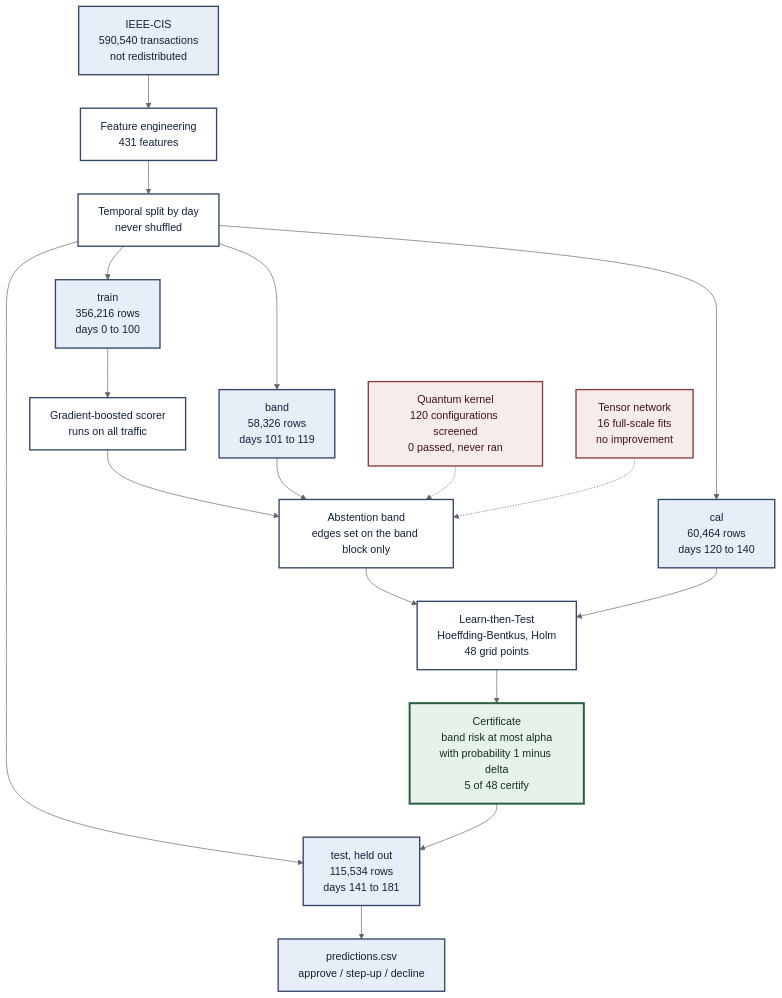
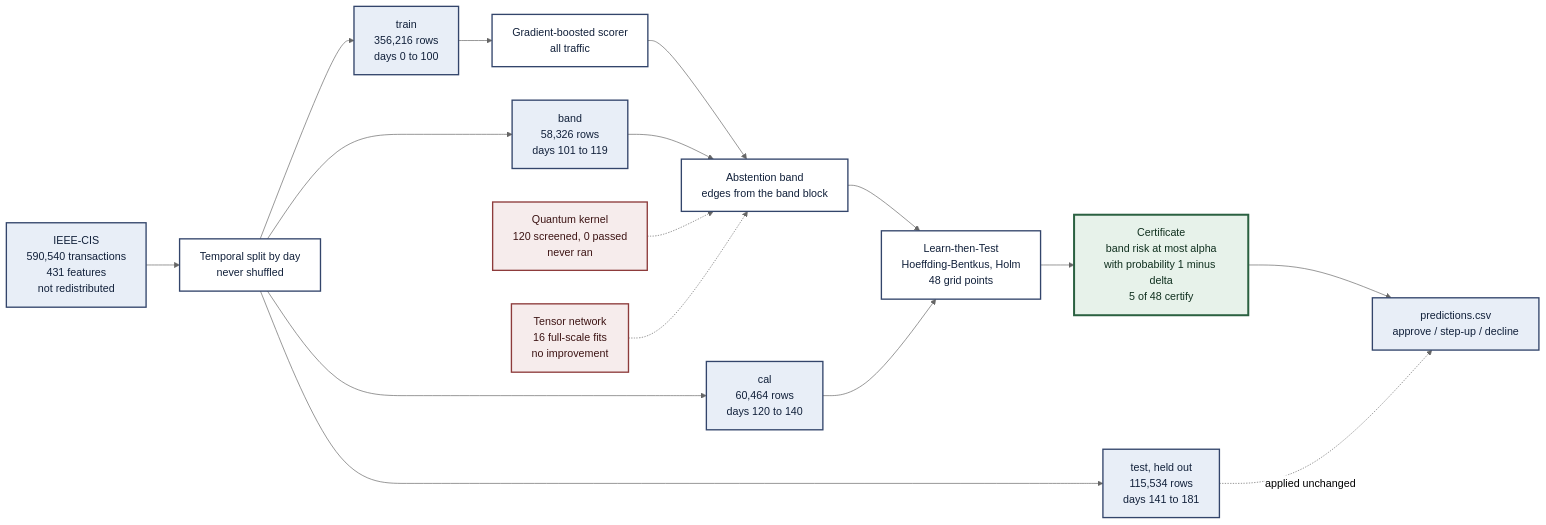
The diagram in README.md (thedaemon-wizard/Global_Quantum_AI_Challenge_HSBC), drawn with Mermaid (neutral theme) before and after one commit. The commit also changed other lines of this file, not shown here.

Commit message:
Lay the pipeline diagram out left to right
Top-to-bottom rendered correctly but ran ten levels deep, so the whole
picture could not be seen at once, which was the point of adding it.
Left-to-right with the feature count folded into the source node and the
held-out block reached by a labelled dashed edge brings it to six.

````diff
--- a/README.md
+++ b/README.md
@@ -104,41 +106,40 @@
 ```mermaid
-flowchart TB
+flowchart LR
   classDef data fill:#e8eef7,stroke:#33456b,stroke-width:2px,color:#11203a
   classDef step fill:#ffffff,stroke:#33456b,stroke-width:2px,color:#11203a
   classDef cert fill:#e7f2ea,stroke:#2b6141,stroke-width:3px,color:#10301f
   classDef dead fill:#f6ecec,stroke:#8d3b3b,stroke-width:2px,color:#3d1414
 
-  SRC["IEEE-CIS<br/>590,540 transactions<br/>not redistributed"]:::data
-  FE["Feature engineering<br/>431 features"]:::step
+  SRC["IEEE-CIS<br/>590,540 transactions<br/>431 features<br/>not redistributed"]:::data
   SPL["Temporal split by day<br/>never shuffled"]:::step
 
   TRN["train<br/>356,216 rows<br/>days 0 to 100"]:::data
   BND["band<br/>58,326 rows<br/>days 101 to 119"]:::data
   CAL["cal<br/>60,464 rows<br/>days 120 to 140"]:::data
   TST["test, held out<br/>115,534 rows<br/>days 141 to 181"]:::data
 
-  GBDT["Gradient-boosted scorer<br/>runs on all traffic"]:::step
-  BAND["Abstention band<br/>edges set on the band block only"]:::step
+  GBDT["Gradient-boosted scorer<br/>all traffic"]:::step
+  BAND["Abstention band<br/>edges from the band block"]:::step
   LTT["Learn-then-Test<br/>Hoeffding-Bentkus, Holm<br/>48 grid points"]:::step
   CERT["Certificate<br/>band risk at most alpha<br/>with probability 1 minus delta<br/>5 of 48 certify"]:::cert
   OUT["predictions.csv<br/>approve / step-up / decline"]:::data
 
-  KER["Quantum kernel<br/>120 configurations screened<br/>0 passed, never ran"]:::dead
+  KER["Quantum kernel<br/>120 screened, 0 passed<br/>never ran"]:::dead
   MPS["Tensor network<br/>16 full-scale fits<br/>no improvement"]:::dead
 
-  SRC --> FE --> SPL
+  SRC --> SPL
   SPL --> TRN
   SPL --> BND
   SPL --> CAL
   SPL --> TST
   TRN --> GBDT
   GBDT --> BAND
   BND --> BAND
   BAND --> LTT
   CAL --> LTT
   LTT --> CERT
-  CERT --> TST
-  TST --> OUT
+  CERT --> OUT
+  TST -. applied unchanged .-> OUT
   KER -.-> BAND
   MPS -.-> BAND
 ```
````
